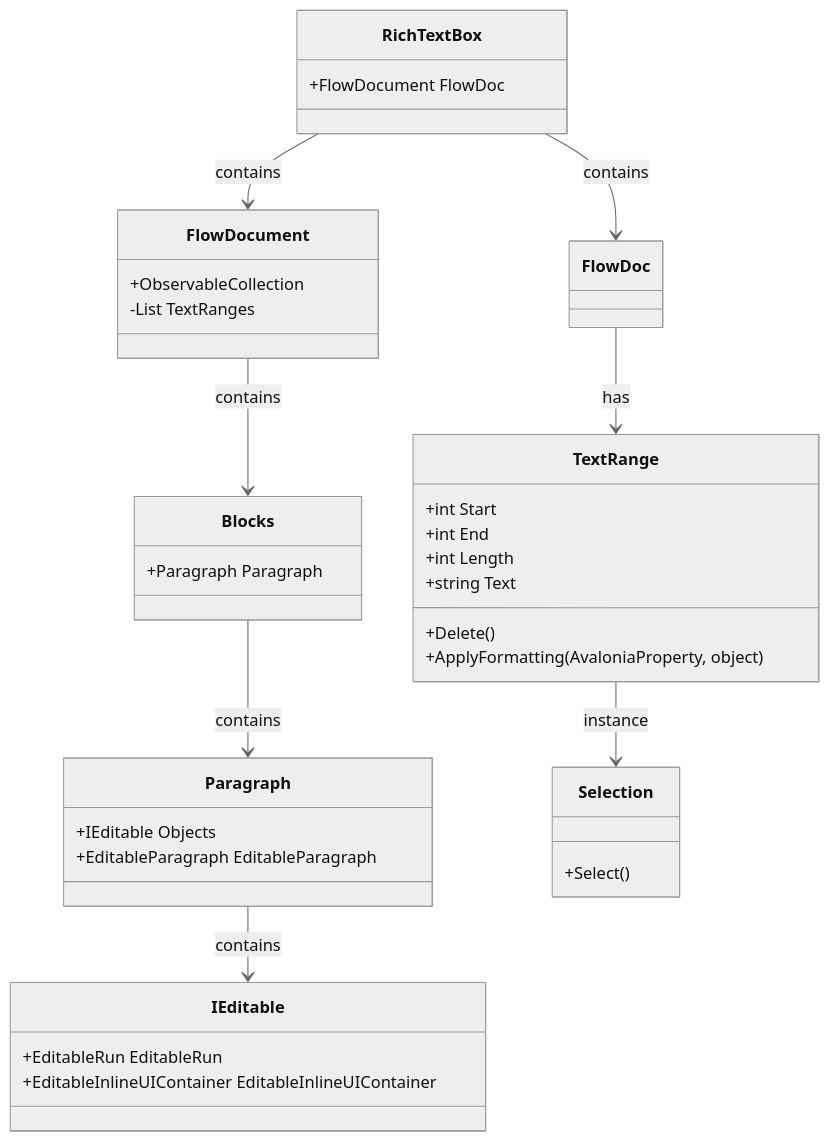
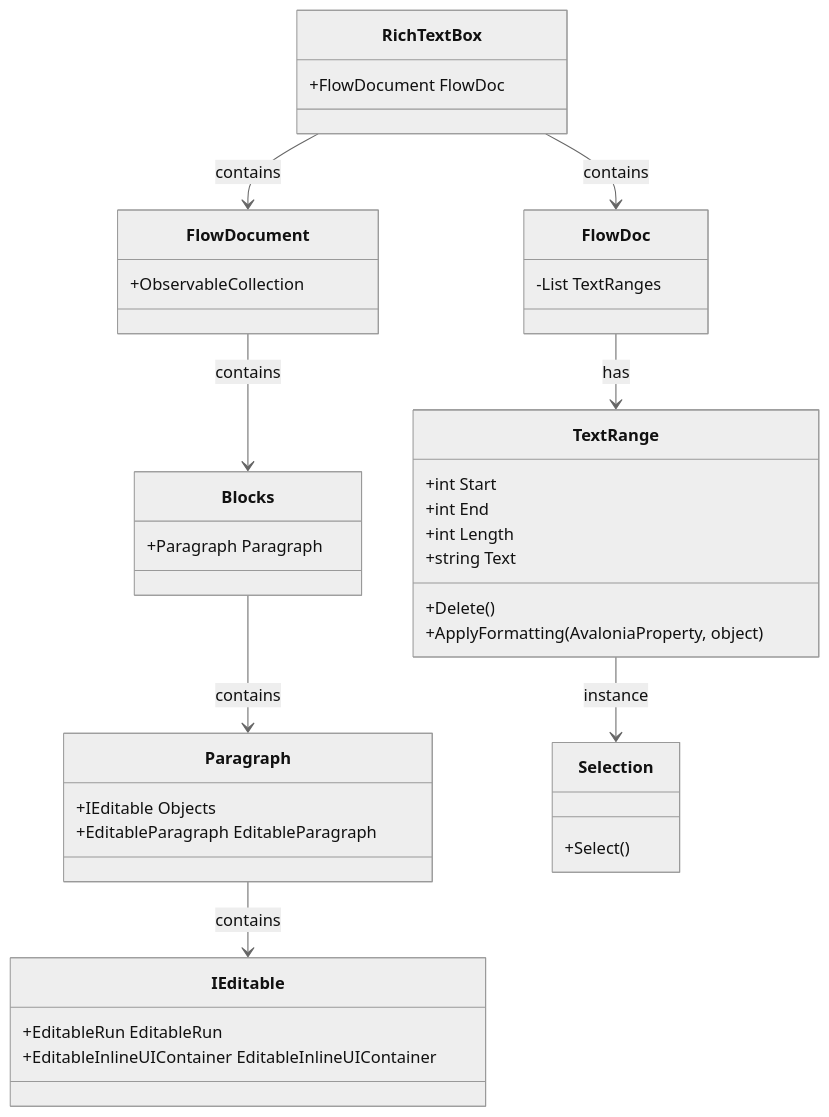
Before and after one commit to cuikp/AvRichTextBox: the diagram in README.md, drawn with Mermaid (neutral theme).

Commit message:
Update project files

````diff
--- a/README.md
+++ b/README.md
@@ -13,41 +13,43 @@
 ```mermaid
 classDiagram
     class RichTextBox{
         +FlowDocument FlowDoc
     }
     class FlowDocument{
         +ObservableCollection<Blocks>
+    }
+    class FlowDoc{
         -List<TextRange> TextRanges
     }
     class Blocks{
         +Paragraph Paragraph
     }
     class Paragraph{
         +IEditable Objects
         +EditableParagraph EditableParagraph
     }
     class IEditable{
         +EditableRun EditableRun
         +EditableInlineUIContainer EditableInlineUIContainer
     }
     class Selection{
         +Select()
     }
     class TextRange{
         +int Start
         +int End
         +int Length
         +Delete()
         +string Text
-        +ApplyFormatting(AvaloniaProperty, object)
+        +ApplyFormatting(AvaloniaProperty,  object)
     }
 
     RichTextBox --> FlowDocument : contains
     FlowDocument --> Blocks : contains
     FlowDoc --> TextRange : has
     Blocks --> Paragraph : contains
     Paragraph --> IEditable : contains
     TextRange --> Selection : instance
     RichTextBox --> FlowDoc : contains
 
 ```
````
